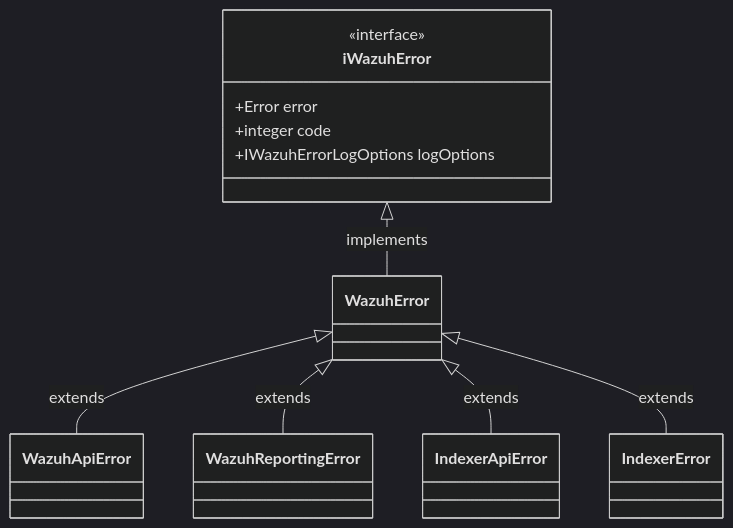
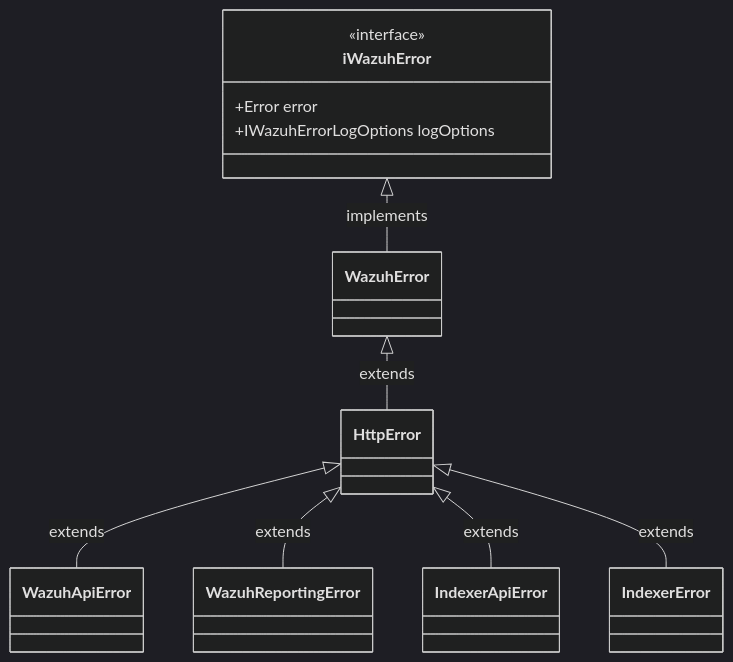
Before and after one commit to wazuh/wazuh-dashboard-plugins: the second of 2 diagrams in public/react-services/error-management/README.md, drawn with Mermaid (dark theme). The commit also changed other lines of this file and 11 other files, not shown here.

````diff
--- a/public/react-services/error-management/README.md
+++ b/public/react-services/error-management/README.md
@@ -133,17 +133,17 @@
 ```mermaid
 classDiagram
 
 class iWazuhError {
     <<interface>>
     +Error error
-    +integer code
     +IWazuhErrorLogOptions logOptions
 }
 
 iWazuhError <|-- WazuhError : implements
-WazuhError <|-- WazuhApiError : extends
-WazuhError <|-- WazuhReportingError : extends
-WazuhError <|-- IndexerApiError : extends
-WazuhError <|-- IndexerError : extends
+WazuhError <|-- HttpError : extends
+HttpError <|-- WazuhApiError : extends
+HttpError <|-- WazuhReportingError : extends
+HttpError <|-- IndexerApiError : extends
+HttpError <|-- IndexerError : extends
 
 ```
````
